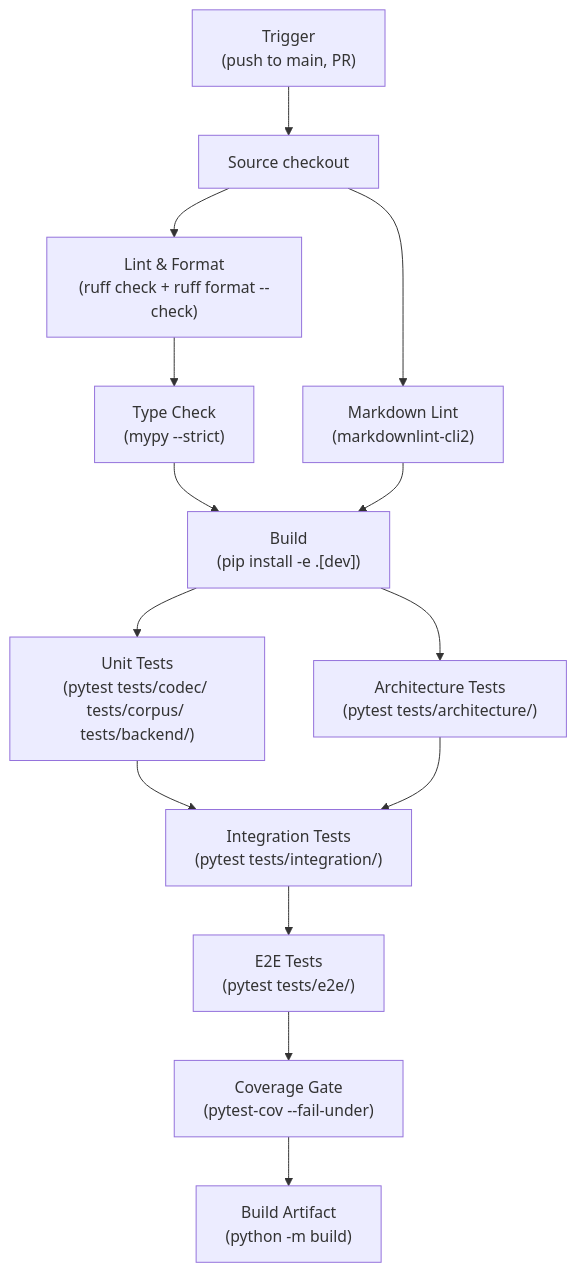
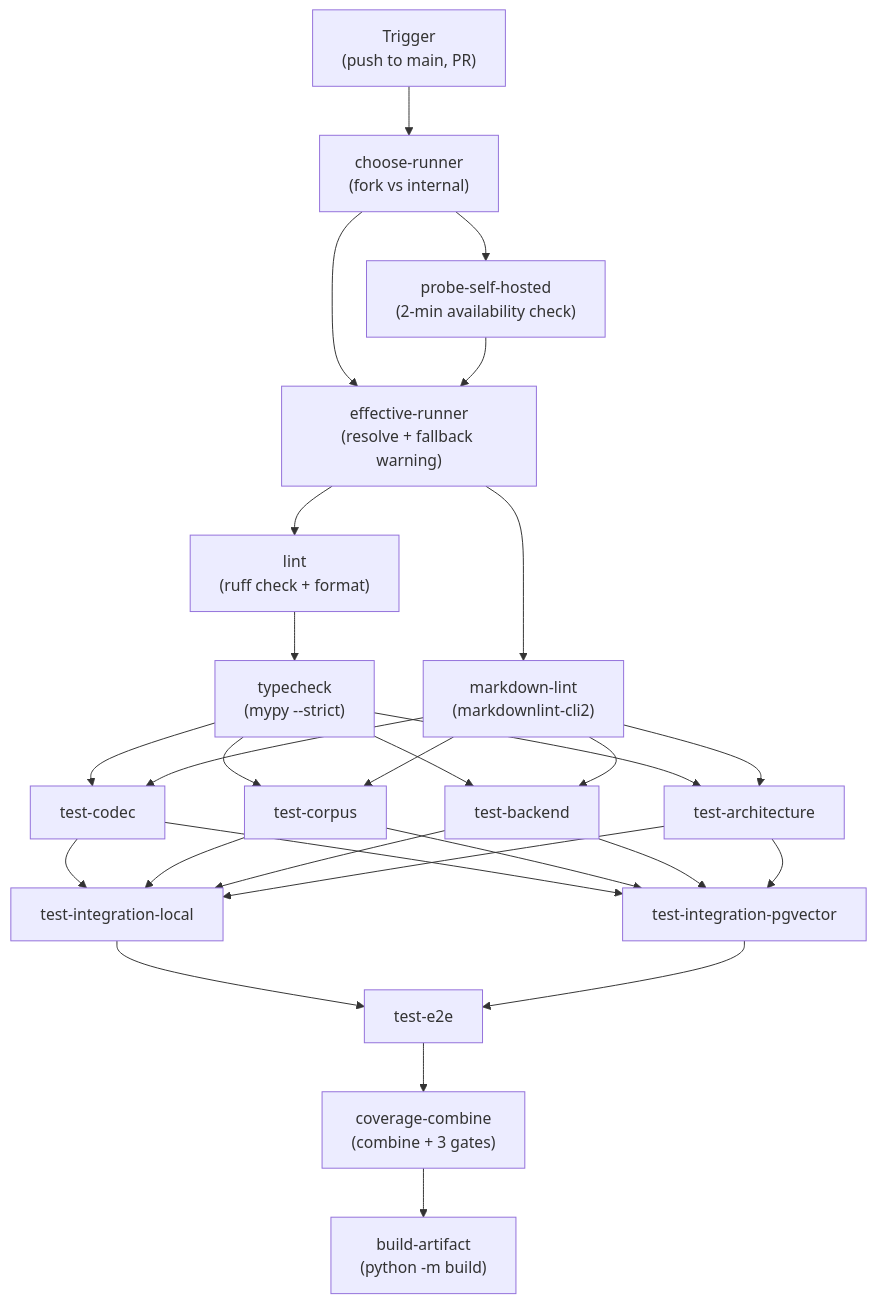
One commit to better-with-models/TinyQuant changed the diagram in docs/CI-plan/pipeline-stages.md. Above: the diagram before and after it, drawn with Mermaid. The commit also changed other lines of this file, not shown here.

````diff
--- a/docs/CI-plan/pipeline-stages.md
+++ b/docs/CI-plan/pipeline-stages.md
@@ -20,29 +20,47 @@
 ```mermaid
 graph TD
     TRIGGER["Trigger<br/>(push to main, PR)"]
-    CHECKOUT["Source checkout"]
-    LINT["Lint & Format<br/>(ruff check + ruff format --check)"]
-    TYPE["Type Check<br/>(mypy --strict)"]
-    MDLINT["Markdown Lint<br/>(markdownlint-cli2)"]
-    BUILD["Build<br/>(pip install -e .[dev])"]
-    UNIT["Unit Tests<br/>(pytest tests/codec/ tests/corpus/ tests/backend/)"]
-    ARCH["Architecture Tests<br/>(pytest tests/architecture/)"]
-    INT["Integration Tests<br/>(pytest tests/integration/)"]
-    E2E["E2E Tests<br/>(pytest tests/e2e/)"]
-    COV["Coverage Gate<br/>(pytest-cov --fail-under)"]
-    ARTIFACT["Build Artifact<br/>(python -m build)"]
+    CHOOSE["choose-runner<br/>(fork vs internal)"]
+    PROBE["probe-self-hosted<br/>(2-min availability check)"]
+    EFF["effective-runner<br/>(resolve + fallback warning)"]
+    LINT["lint<br/>(ruff check + format)"]
+    MDLINT["markdown-lint<br/>(markdownlint-cli2)"]
+    TYPE["typecheck<br/>(mypy --strict)"]
+    CODEC["test-codec"]
+    CORPUS["test-corpus"]
+    BACKEND["test-backend"]
+    ARCH["test-architecture"]
+    INTLOC["test-integration-local"]
+    INTPG["test-integration-pgvector"]
+    E2E["test-e2e"]
+    COV["coverage-combine<br/>(combine + 3 gates)"]
+    ARTIFACT["build-artifact<br/>(python -m build)"]
 
-    TRIGGER --> CHECKOUT
-    CHECKOUT --> LINT
-    CHECKOUT --> MDLINT
+    TRIGGER --> CHOOSE
+    CHOOSE --> PROBE
+    CHOOSE --> EFF
+    PROBE --> EFF
+    EFF --> LINT
+    EFF --> MDLINT
     LINT --> TYPE
-    TYPE --> BUILD
-    MDLINT --> BUILD
-    BUILD --> UNIT
-    BUILD --> ARCH
-    UNIT --> INT
-    ARCH --> INT
-    INT --> E2E
+    TYPE --> CODEC
+    TYPE --> CORPUS
+    TYPE --> BACKEND
+    TYPE --> ARCH
+    MDLINT --> CODEC
+    MDLINT --> CORPUS
+    MDLINT --> BACKEND
+    MDLINT --> ARCH
+    CODEC --> INTLOC
+    CORPUS --> INTLOC
+    BACKEND --> INTLOC
+    ARCH --> INTLOC
+    CODEC --> INTPG
+    CORPUS --> INTPG
+    BACKEND --> INTPG
+    ARCH --> INTPG
+    INTLOC --> E2E
+    INTPG --> E2E
     E2E --> COV
     COV --> ARTIFACT
 ```
````
